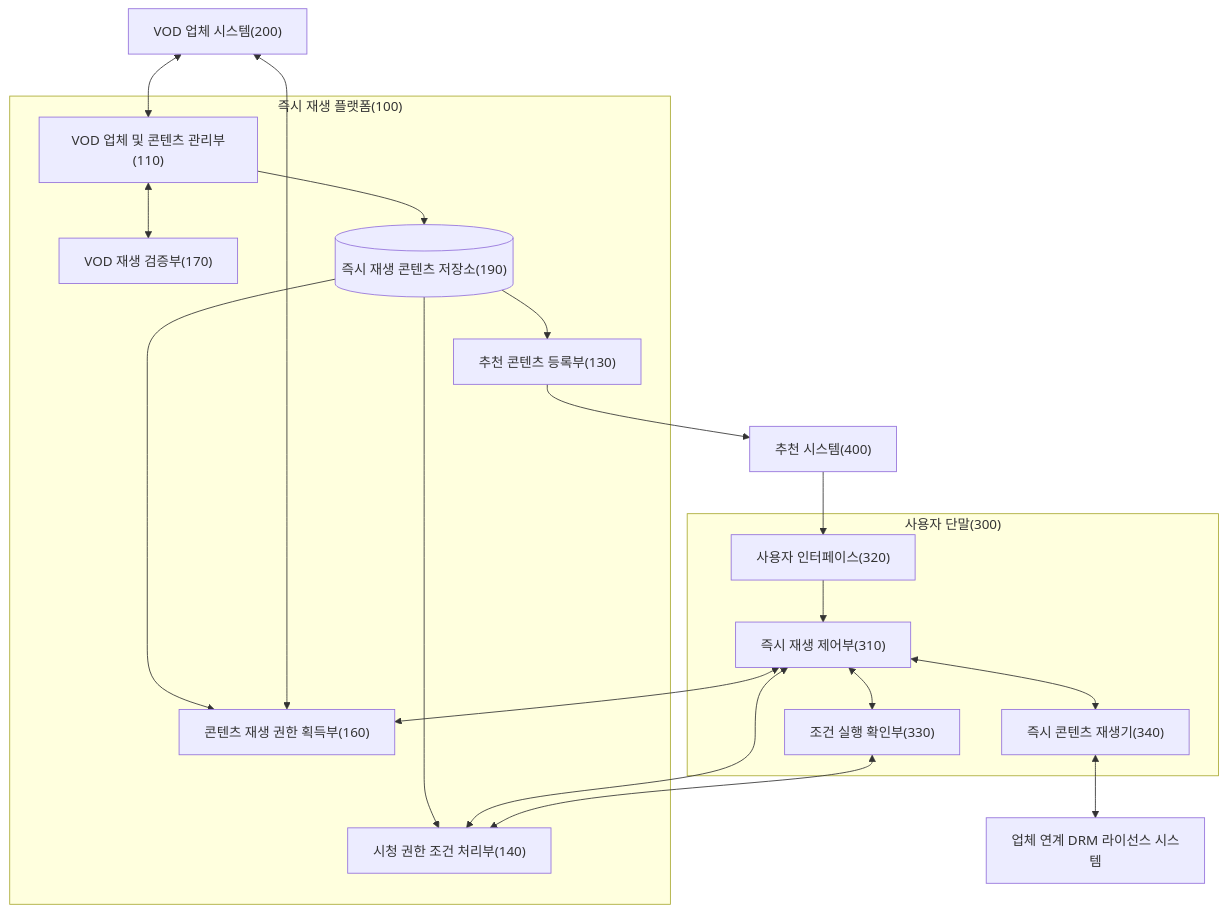
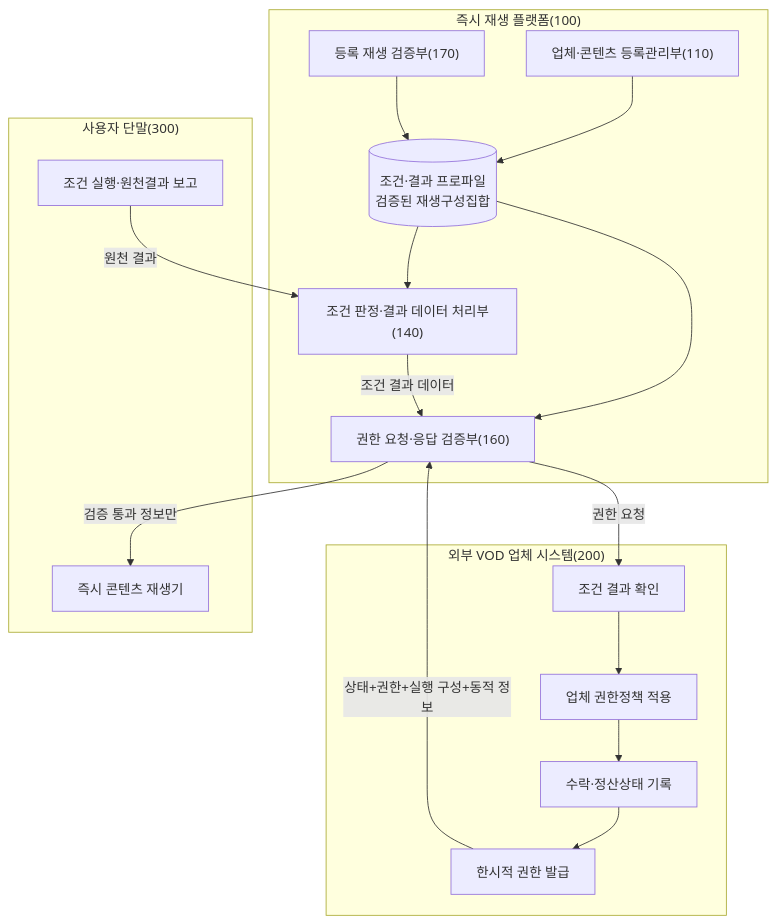
Before and after one commit to growdai1y/instant-play: diagram 11 of 14 in instant_play_직무발명서.md, drawn with Mermaid. The commit also changed other lines of this file and 1 other file, not shown here.

````diff
--- a/instant_play_직무발명서.md
+++ b/instant_play_직무발명서.md
@@ -1197,39 +1305,33 @@
 ```mermaid
 flowchart TB
-    VOD["VOD 업체 시스템(200)"]
-    DRM["업체 연계 DRM 라이선스 시스템"]
-    RECOMMEND["추천 시스템(400)"]
-
-    subgraph PLATFORM["즉시 재생 플랫폼(100)"]
-        MANAGE["VOD 업체 및 콘텐츠 관리부(110)"]
-        VERIFY["VOD 재생 검증부(170)"]
-        STORE[("즉시 재생 콘텐츠 저장소(190)")]
-        RECREG["추천 콘텐츠 등록부(130)"]
-        CONDPROC["시청 권한 조건 처리부(140)"]
-        GRANT["콘텐츠 재생 권한 획득부(160)"]
-        MANAGE <--> VERIFY
-        MANAGE --> STORE
-        STORE --> RECREG
-        STORE --> CONDPROC
-        STORE --> GRANT
+    subgraph P["즉시 재생 플랫폼(100)"]
+        R["업체·콘텐츠 등록관리부(110)"]
+        C["조건 판정·결과 데이터 처리부(140)"]
+        G["권한 요청·응답 검증부(160)"]
+        V["등록 재생 검증부(170)"]
+        S[("조건·결과 프로파일<br/>검증된 재생구성집합")]
+        R --> S
+        V --> S
+        S --> C
+        S --> G
     end
 
-    subgraph DEVICE["사용자 단말(300)"]
-        UI["사용자 인터페이스(320)"]
-        CTRL["즉시 재생 제어부(310)"]
-        CONDCHECK["조건 실행 확인부(330)"]
-        PLAYER["즉시 콘텐츠 재생기(340)"]
-        UI --> CTRL
-        CTRL <--> CONDCHECK
-        CTRL <--> PLAYER
+    subgraph O["외부 VOD 업체 시스템(200)"]
+        O1["조건 결과 확인"]
+        O2["업체 권한정책 적용"]
+        O3["수락·정산상태 기록"]
+        O4["한시적 권한 발급"]
+        O1 --> O2 --> O3 --> O4
     end
 
-    VOD <--> MANAGE
-    RECREG --> RECOMMEND
-    RECOMMEND --> UI
-    CTRL <--> CONDPROC
-    CONDCHECK <--> CONDPROC
-    CTRL <--> GRANT
-    GRANT <--> VOD
-    PLAYER <--> DRM
+    subgraph D["사용자 단말(300)"]
+        D1["조건 실행·원천결과 보고"]
+        D2["즉시 콘텐츠 재생기"]
+    end
+
+    D1 -->|"원천 결과"| C
+    C -->|"조건 결과 데이터"| G
+    G -->|"권한 요청"| O1
+    O4 -->|"상태+권한+실행 구성+동적 정보"| G
+    G -->|"검증 통과 정보만"| D2
 ```
````
